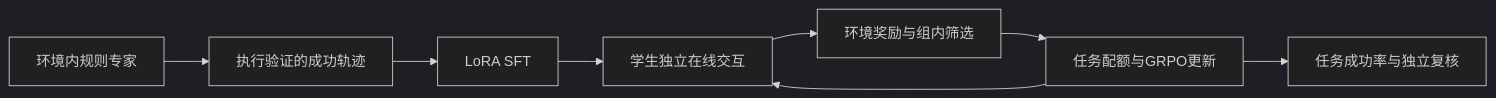
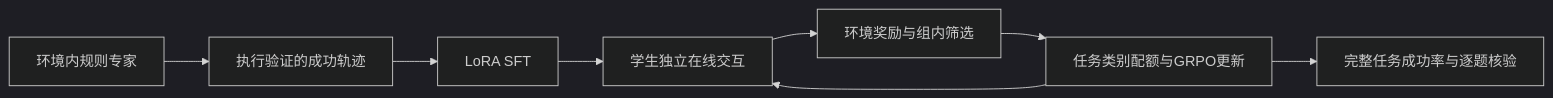
Before and after one commit to ttxttx1111/trajectory-sft-agents: the first of 2 diagrams in README.md, drawn with Mermaid (dark theme). The commit also changed other lines of this file and 64 other files, not shown here.

````diff
--- a/README.md
+++ b/README.md
@@ -26,10 +26,10 @@
 ```mermaid
 flowchart LR
     A[环境内规则专家] --> B[执行验证的成功轨迹]
     B --> C[LoRA SFT]
     C --> D[学生独立在线交互]
     D --> E[环境奖励与组内筛选]
-    E --> F[任务配额与GRPO更新]
+    E --> F[任务类别配额与GRPO更新]
     F --> D
-    F --> G[任务成功率与独立复核]
+    F --> G[完整任务成功率与逐题核验]
 ```
````
